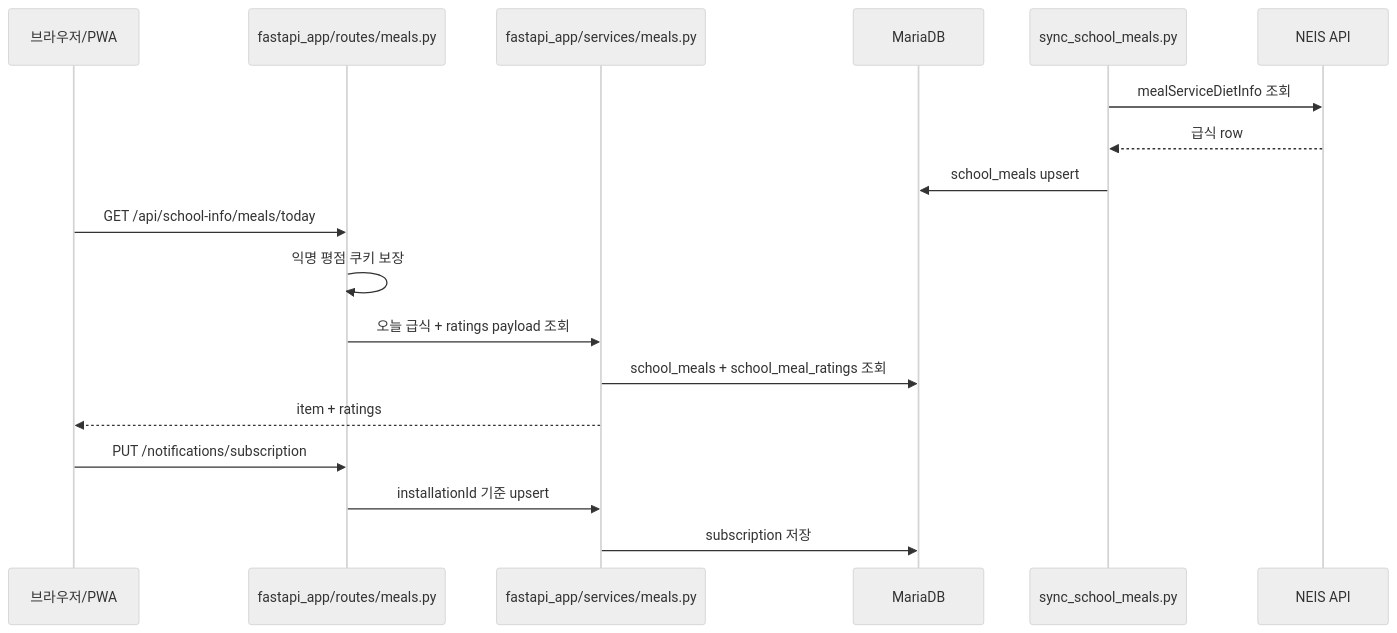
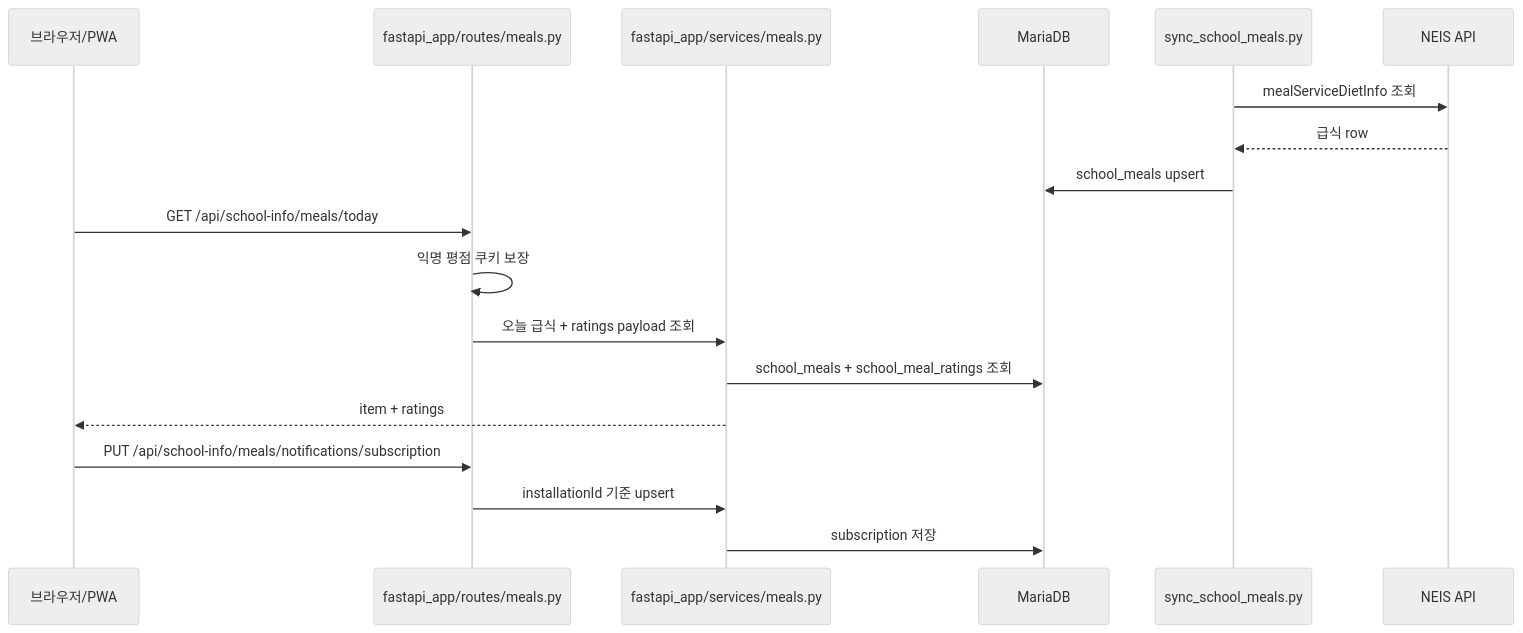
Before and after one commit to hanjm-github/beomseo.in: the tenth of 10 diagrams in backend/docs/backend_architecture.md, drawn with Mermaid (neutral theme). The commit also changed other lines of this file and 29 other files, not shown here.

````diff
--- a/backend/docs/backend_architecture.md
+++ b/backend/docs/backend_architecture.md
@@ -485,23 +493,23 @@
 ```mermaid
 sequenceDiagram
     participant Browser as 브라우저/PWA
     participant Route as fastapi_app/routes/meals.py
     participant Service as fastapi_app/services/meals.py
     participant DB as MariaDB
     participant Sync as sync_school_meals.py
     participant NEIS as NEIS API
 
     Sync->>NEIS: mealServiceDietInfo 조회
     NEIS-->>Sync: 급식 row
     Sync->>DB: school_meals upsert
 
     Browser->>Route: GET /api/school-info/meals/today
     Route->>Route: 익명 평점 쿠키 보장
     Route->>Service: 오늘 급식 + ratings payload 조회
     Service->>DB: school_meals + school_meal_ratings 조회
     Service-->>Browser: item + ratings
 
-    Browser->>Route: PUT /notifications/subscription
+    Browser->>Route: PUT /api/school-info/meals/notifications/subscription
     Route->>Service: installationId 기준 upsert
     Service->>DB: subscription 저장
 ```
````
